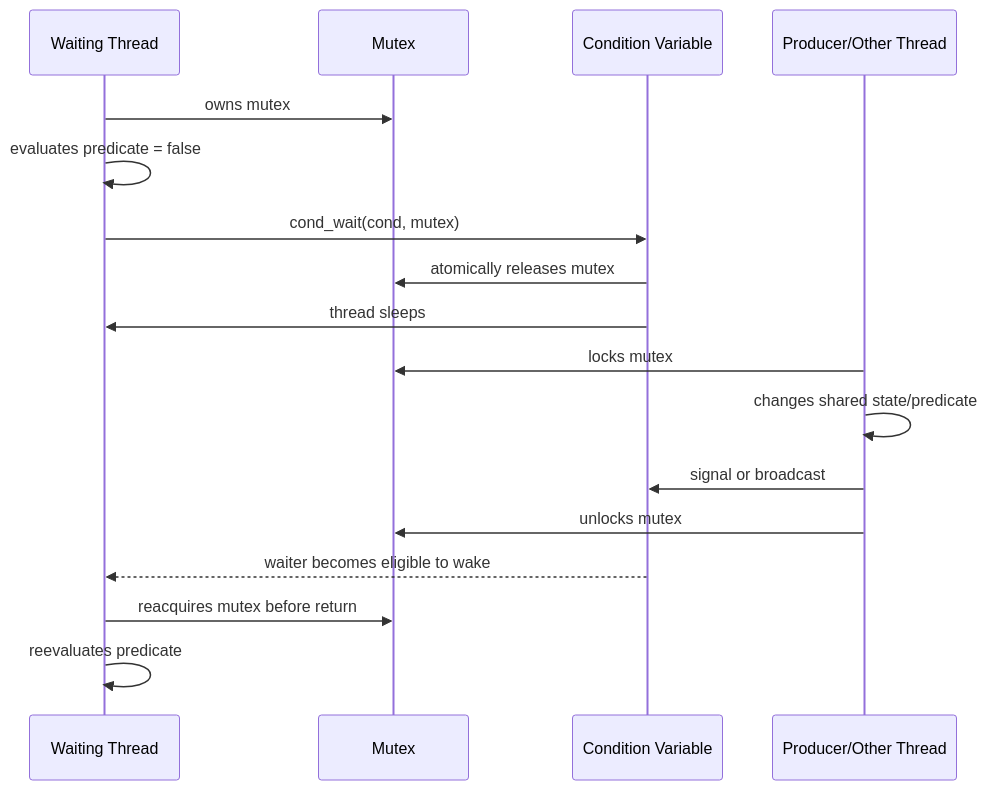
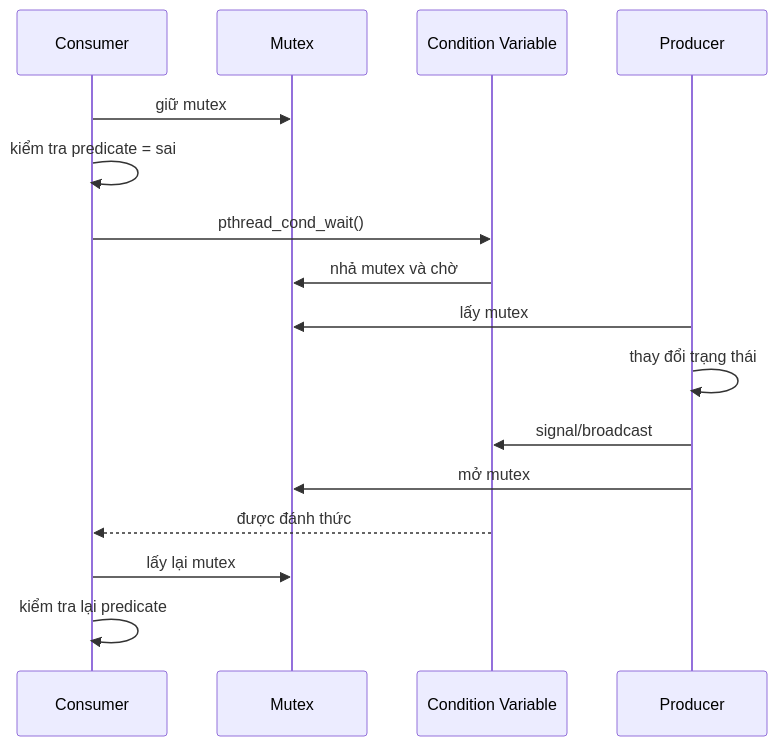
Before and after one commit to hai-kevins/embedded-linux: the second of 3 diagrams in phase-01/README-topic-07.md, drawn with Mermaid. The commit also changed other lines of this file and 9 other files, not shown here.

````diff
--- a/phase-01/README-topic-07.md
+++ b/phase-01/README-topic-07.md
@@ -1004,22 +635,19 @@
 ```mermaid
 sequenceDiagram
-    participant W as Waiting Thread
+    participant C as Consumer
     participant M as Mutex
-    participant C as Condition Variable
-    participant P as Producer/Other Thread
+    participant V as Condition Variable
+    participant P as Producer
 
-    W->>M: owns mutex
-    W->>W: evaluates predicate = false
-    W->>C: cond_wait(cond, mutex)
-    C->>M: atomically releases mutex
-    C->>W: thread sleeps
-
-    P->>M: locks mutex
-    P->>P: changes shared state/predicate
-    P->>C: signal or broadcast
-    P->>M: unlocks mutex
-
-    C-->>W: waiter becomes eligible to wake
-    W->>M: reacquires mutex before return
-    W->>W: reevaluates predicate
+    C->>M: giữ mutex
+    C->>C: kiểm tra predicate = sai
+    C->>V: pthread_cond_wait()
+    V->>M: nhả mutex và chờ
+    P->>M: lấy mutex
+    P->>P: thay đổi trạng thái
+    P->>V: signal/broadcast
+    P->>M: mở mutex
+    V-->>C: được đánh thức
+    C->>M: lấy lại mutex
+    C->>C: kiểm tra lại predicate
 ```
````
